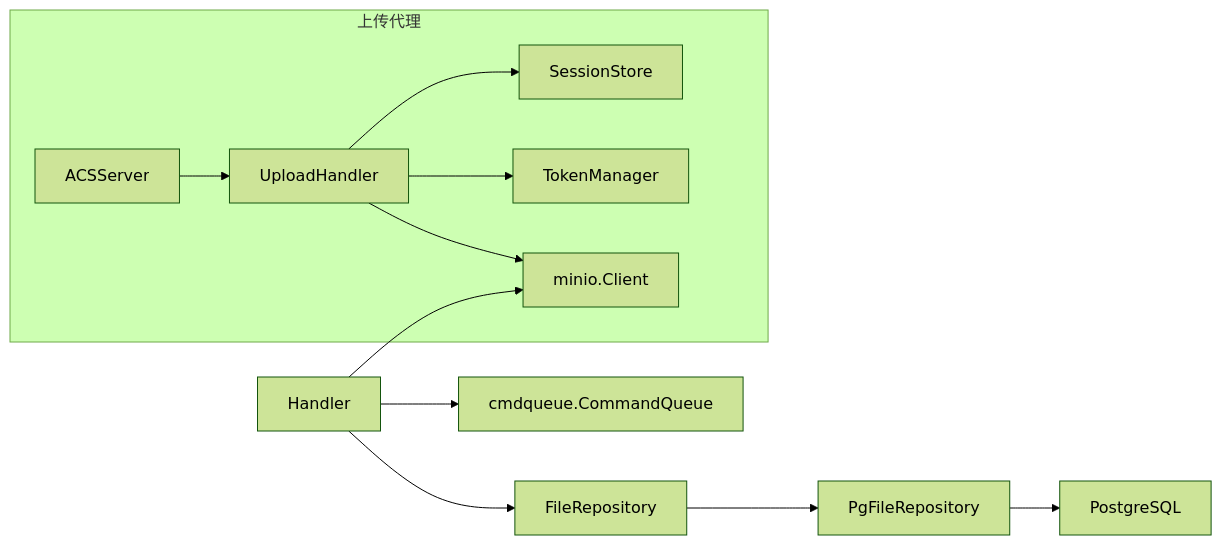
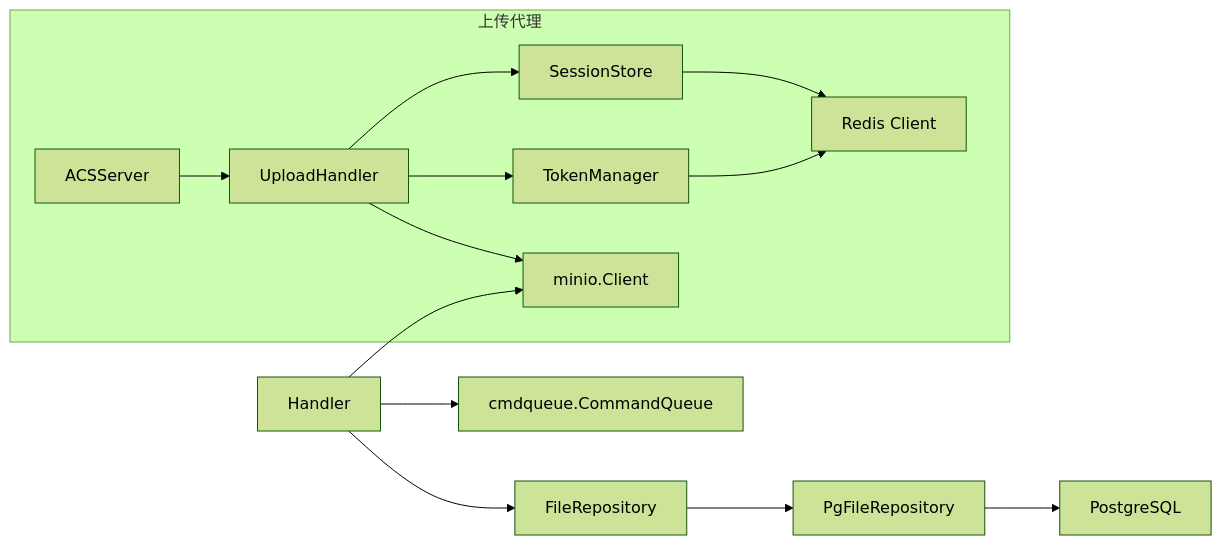
Diagram 11 of 11 in .qoder/repowiki/zh/content/核心模块/文件管理模块/文件管理模块.md (bixinhaner/xomc), drawn with Mermaid (forest theme) before and after one commit. The commit also changed other lines of this file and 4 other files, not shown here.

````diff
--- a/.qoder/repowiki/zh/content/核心模块/文件管理模块/文件管理模块.md
+++ b/.qoder/repowiki/zh/content/核心模块/文件管理模块/文件管理模块.md
@@ -422,14 +477,16 @@
 ```mermaid
 graph LR
 Handler["Handler"] --> Repo["FileRepository"]
 Handler --> MinIO["minio.Client"]
 Handler --> CmdQ["cmdqueue.CommandQueue"]
 Repo --> PgRepo["PgFileRepository"]
 PgRepo --> DB["PostgreSQL"]
 subgraph "上传代理"
 ACS["ACSServer"] --> UploadHandler["UploadHandler"]
 UploadHandler --> MinIO
 UploadHandler --> TokenMgr["TokenManager"]
 UploadHandler --> SessionStore["SessionStore"]
+TokenMgr --> Redis["Redis Client"]
+SessionStore --> Redis
 end
 ```
````
